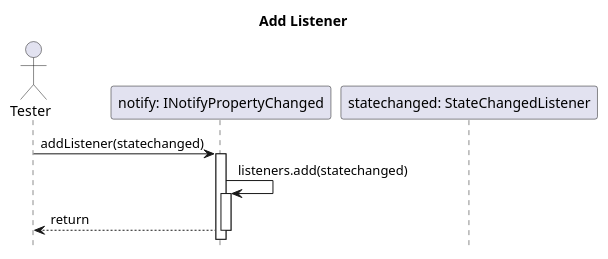
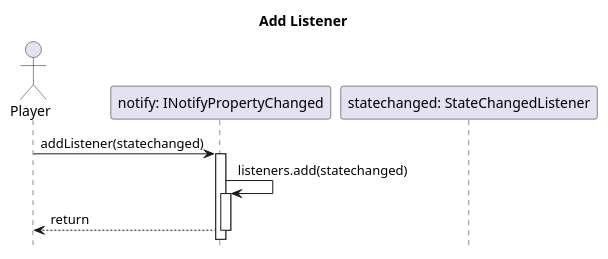
Before and after one commit to viseguard-studios/Documentation: the diagram in docs/bead11/seq/addlistener.puml, drawn with PlantUML. The commit also changed 10 other files, not shown here.

```diff
--- a/docs/bead11/seq/addlistener.puml
+++ b/docs/bead11/seq/addlistener.puml
@@ -1,13 +1,13 @@
 @startuml
 hide footbox
 title Add Listener
 
-actor Tester as tester
+actor Player as player
 participant "notify: INotifyPropertyChanged" as notify
 participant "statechanged: StateChangedListener" as statechanged
 
-tester -> notify++: addListener(statechanged)
+player -> notify++: addListener(statechanged)
 notify -> notify++: listeners.add(statechanged)
-notify --> tester--: return
+notify --> player--: return
 
 @enduml
```
